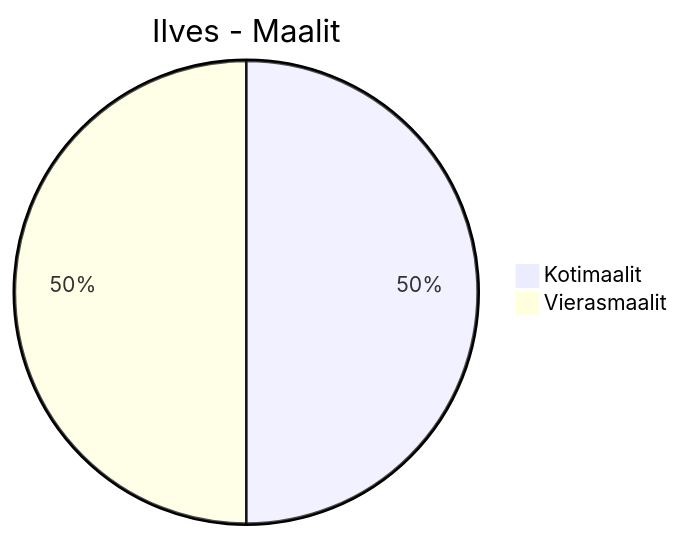
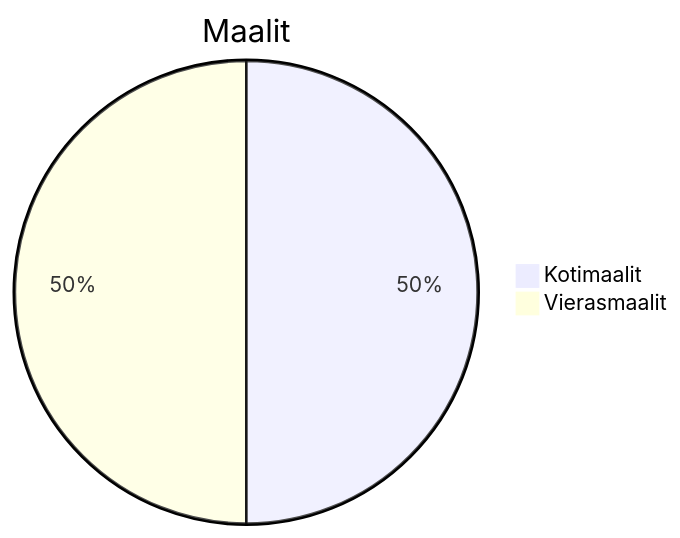
Diagram 19 of 27 in Yleisö2025.md (Linux88888/Veikkausliiga2025), drawn with Mermaid before and after one commit. The commit also changed other lines of this file, not shown here.

````diff
--- a/Yleisö2025.md
+++ b/Yleisö2025.md
@@ -173,5 +171,5 @@
 ```mermaid
-pie title Ilves - Maalit
+pie title Maalit
     "Kotimaalit" : 5
     "Vierasmaalit" : 5
 ```
````
